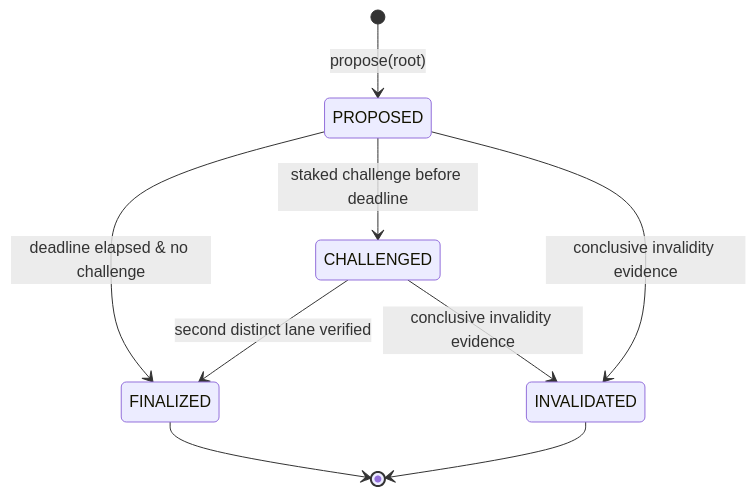
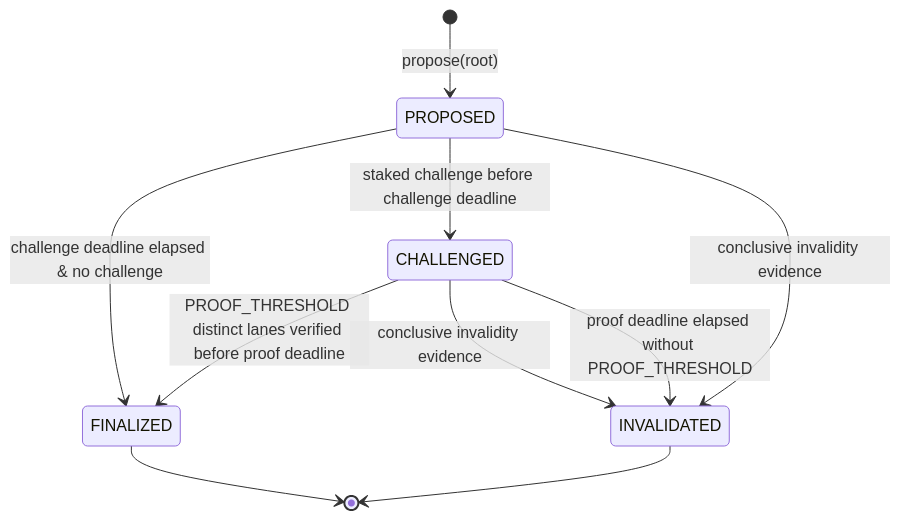
One commit to worldcoin/world-chain changed the diagram in wips/wip-1006.md. Above: the diagram before and after it, drawn with Mermaid. The commit also changed other lines of this file, not shown here.

Commit message:
add challenged invalidated case

````diff
--- a/wips/wip-1006.md
+++ b/wips/wip-1006.md
@@ -128,11 +129,12 @@
 ```mermaid
 stateDiagram-v2
     [*] --> PROPOSED: propose(root)
-    PROPOSED --> FINALIZED: deadline elapsed & no challenge
-    PROPOSED --> CHALLENGED: staked challenge before deadline
-    CHALLENGED --> FINALIZED: second distinct lane verified
+    PROPOSED --> FINALIZED: challenge deadline elapsed & no challenge
+    PROPOSED --> CHALLENGED: staked challenge before challenge deadline
+    CHALLENGED --> FINALIZED: PROOF_THRESHOLD distinct lanes verified before proof deadline
     PROPOSED --> INVALIDATED: conclusive invalidity evidence
     CHALLENGED --> INVALIDATED: conclusive invalidity evidence
+    CHALLENGED --> INVALIDATED: proof deadline elapsed without PROOF_THRESHOLD
     FINALIZED --> [*]
     INVALIDATED --> [*]
 ```
````
